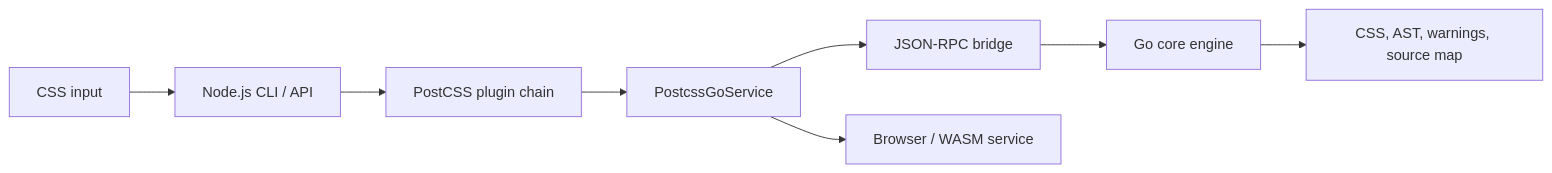
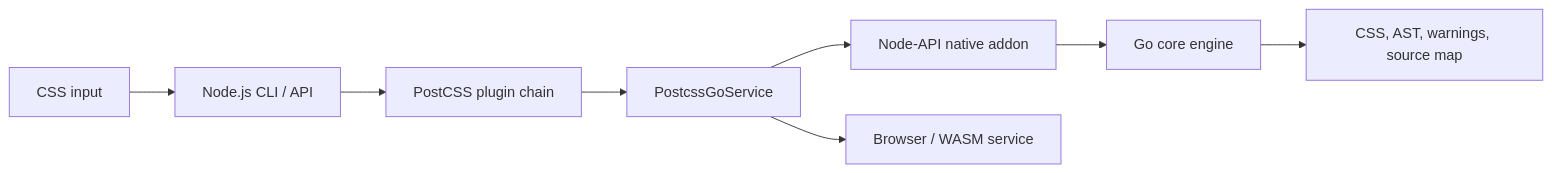
The first of 2 diagrams in docs/architecture.md (postcss-go/postcss-go), drawn with Mermaid before and after one commit. The commit also changed other lines of this file and 89 other files, not shown here.

````diff
--- a/docs/architecture.md
+++ b/docs/architecture.md
@@ -7,10 +7,10 @@
 ```mermaid
 flowchart LR
     Input[CSS input] --> CLI[Node.js CLI / API]
     CLI --> Plugins[PostCSS plugin chain]
     Plugins --> Service[PostcssGoService]
-    Service --> Bridge[JSON-RPC bridge]
+    Service --> Bridge[Node-API native addon]
     Bridge --> Core[Go core engine]
     Core --> Output[CSS, AST, warnings, source map]
     Service --> Browser[Browser / WASM service]
 ```
````
